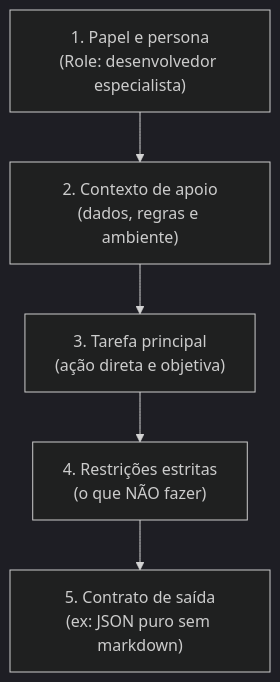
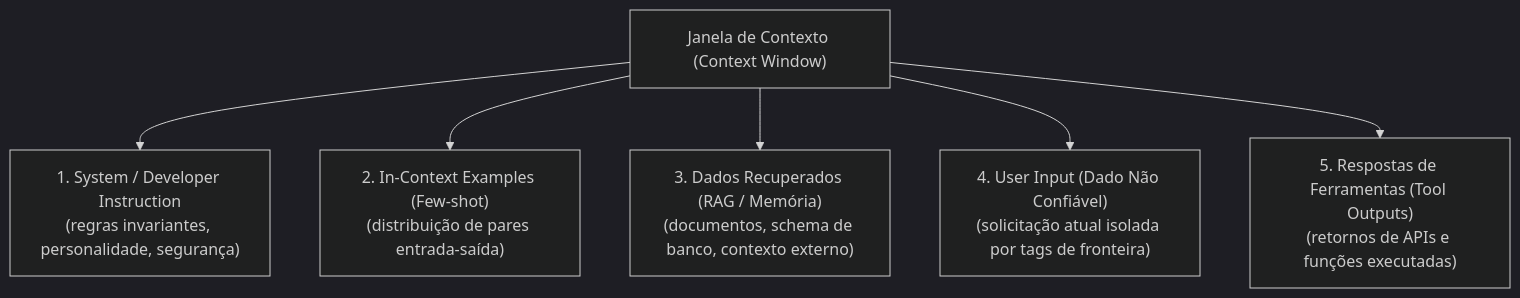
One commit to leorruas/programacao changed the diagram in llm/04-Engenharia de prompt e padrões de contexto.md. Above: the diagram before and after it, drawn with Mermaid (dark theme). The commit also changed other lines of this file and 6 other files, not shown here.

Commit message:
refactor(llm): aprofunda fundamentos matematicos, arquitetura transformer, context engineering e tool calling

````diff
--- a/llm/04-Engenharia de prompt e padrões de contexto.md
+++ b/llm/04-Engenharia de prompt e padrões de contexto.md
@@ -21,7 +20,8 @@
 ```mermaid
 flowchart TD
-    Papel["1. Papel e persona<br>(Role: desenvolvedor especialista)"] --> Contexto["2. Contexto de apoio<br>(dados, regras e ambiente)"]
-    Contexto --> Tarefa["3. Tarefa principal<br>(ação direta e objetiva)"]
-    Tarefa --> Restricoes["4. Restrições estritas<br>(o que NÃO fazer)"]
-    Restricoes --> Formato["5. Contrato de saída<br>(ex: JSON puro sem markdown)"]
+    ContextoTotal["Janela de Contexto (Context Window)"] --> SysMsg["1. System / Developer Instruction<br>(regras invariantes, personalidade, segurança)"]
+    ContextoTotal --> FewShot["2. In-Context Examples (Few-shot)<br>(distribuição de pares entrada-saída)"]
+    ContextoTotal --> ContextoRAG["3. Dados Recuperados (RAG / Memória)<br>(documentos, schema de banco, contexto externo)"]
+    ContextoTotal --> UserMsg["4. User Input (Dado Não Confiável)<br>(solicitação atual isolada por tags de fronteira)"]
+    ContextoTotal --> ToolResult["5. Respostas de Ferramentas (Tool Outputs)<br>(retornos de APIs e funções executadas)"]
 ```
````
